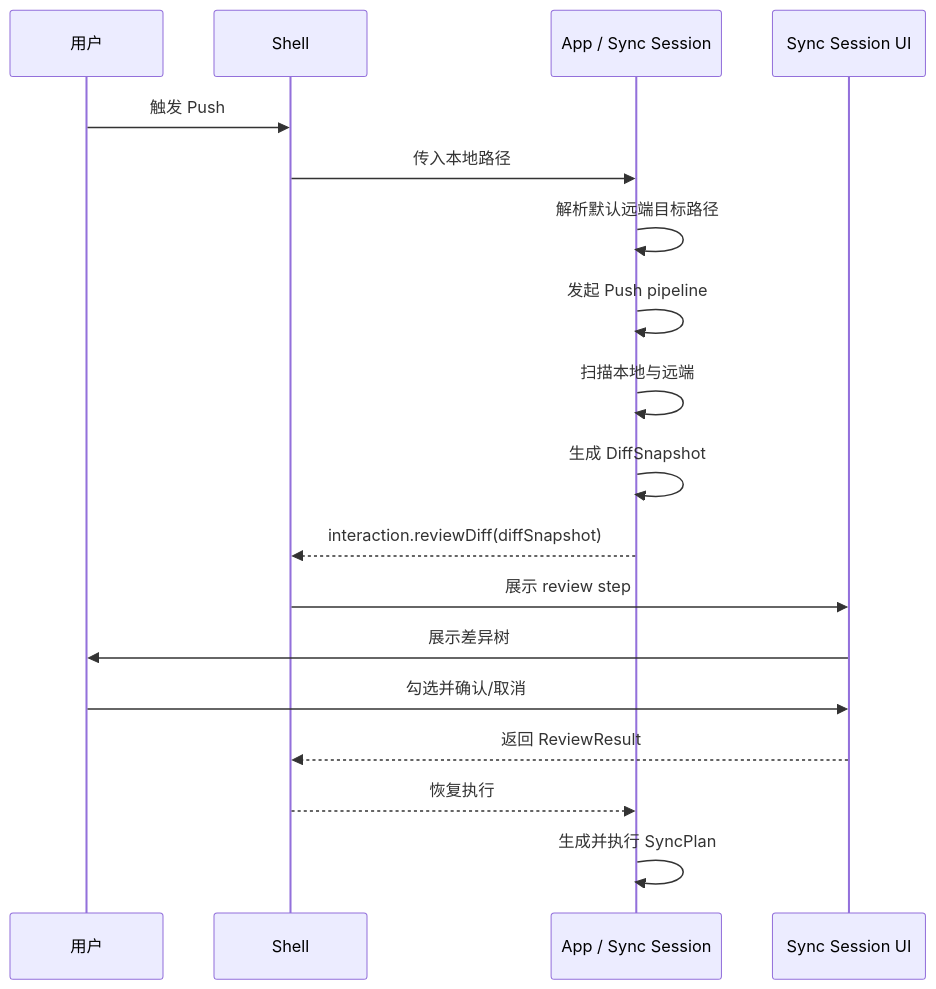
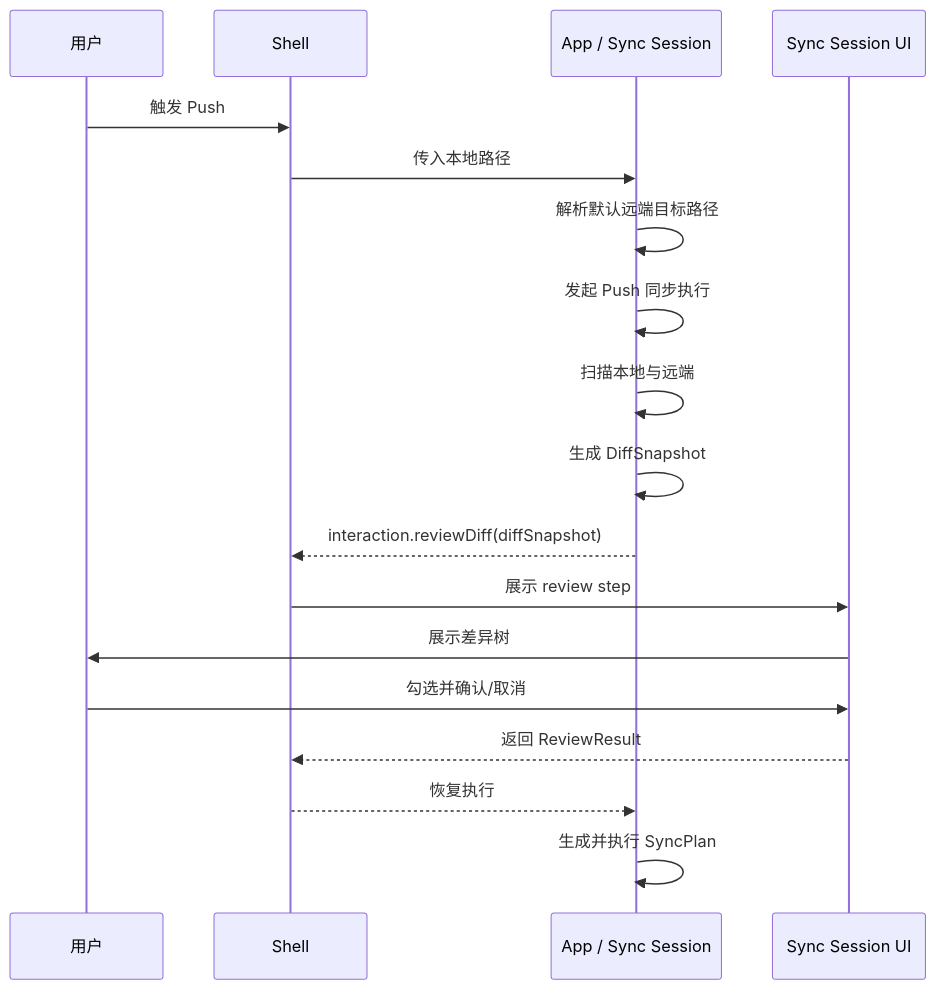
One commit to agalloch21/sync-with-rclone changed the fourth of 15 diagrams in docs/Flows.md. Above: the diagram before and after it, drawn with Mermaid. The commit also changed other lines of this file and 17 other files, not shown here.

````diff
--- a/docs/Flows.md
+++ b/docs/Flows.md
@@ -73,21 +75,21 @@
 ```mermaid
 sequenceDiagram
   participant U as 用户
   participant S as Shell
   participant A as App / Sync Session
   participant W as Sync Session UI
 
   U->>S: 触发 Push
   S->>A: 传入本地路径
   A->>A: 解析默认远端目标路径
-  A->>A: 发起 Push pipeline
+  A->>A: 发起 Push 同步执行
   A->>A: 扫描本地与远端
   A->>A: 生成 DiffSnapshot
   A-->>S: interaction.reviewDiff(diffSnapshot)
   S->>W: 展示 review step
   W->>U: 展示差异树
   U->>W: 勾选并确认/取消
   W-->>S: 返回 ReviewResult
   S-->>A: 恢复执行
   A->>A: 生成并执行 SyncPlan
 ```
````
